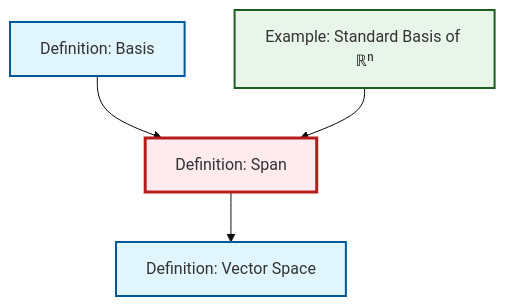
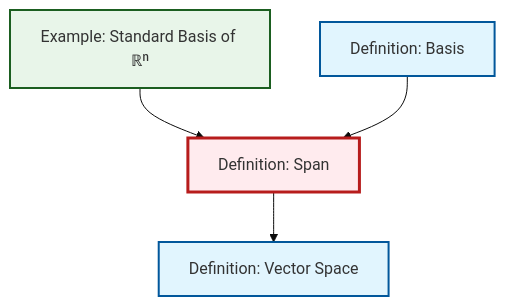
Before and after one commit to RK0429/ModernMath: the diagram in content/ja/algebra/def-span.qmd, drawn with Mermaid (base theme). The commit also changed other lines of this file and 434 other files, not shown here.

````diff
--- a/content/ja/algebra/def-span.qmd
+++ b/content/ja/algebra/def-span.qmd
@@ -48,20 +48,20 @@
 ```{mermaid}
 %%| fig-cap: "Local dependency graph"
 graph TD
     classDef definition fill:#e1f5fe,stroke:#01579b,stroke-width:2px
     classDef theorem fill:#f3e5f5,stroke:#4a148c,stroke-width:2px
     classDef axiom fill:#fff3e0,stroke:#e65100,stroke-width:2px
     classDef example fill:#e8f5e9,stroke:#1b5e20,stroke-width:2px
     classDef current fill:#ffebee,stroke:#b71c1c,stroke-width:3px
-    def-span["Definition: Span"]:::definition
+    def-basis["Definition: Basis"]:::definition
     def-vector-space["Definition: Vector Space"]:::definition
     ex-standard-basis-rn["Example: Standard Basis of ℝⁿ"]:::example
-    def-basis["Definition: Basis"]:::definition
+    def-span["Definition: Span"]:::definition
+    def-span --> def-vector-space
+    ex-standard-basis-rn --> def-span
     def-basis --> def-span
-    ex-standard-basis-rn --> def-span
-    def-span --> def-vector-space
     class def-span current
+    click def-basis "def-basis.html" "Definition: Basisへ"
     click def-vector-space "def-vector-space.html" "Definition: Vector Spaceへ"
     click ex-standard-basis-rn "ex-standard-basis-rn.html" "Example: Standard Basis of ℝⁿへ"
-    click def-basis "def-basis.html" "Definition: Basisへ"
 ```
````
